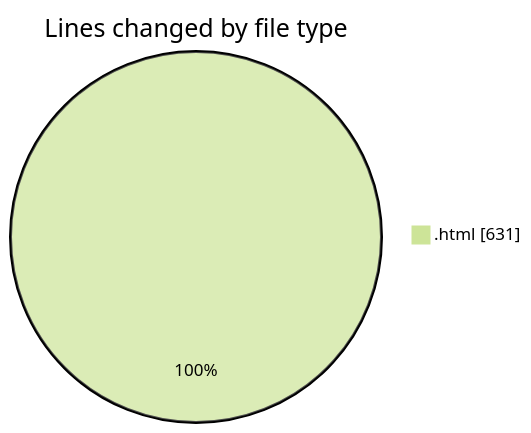
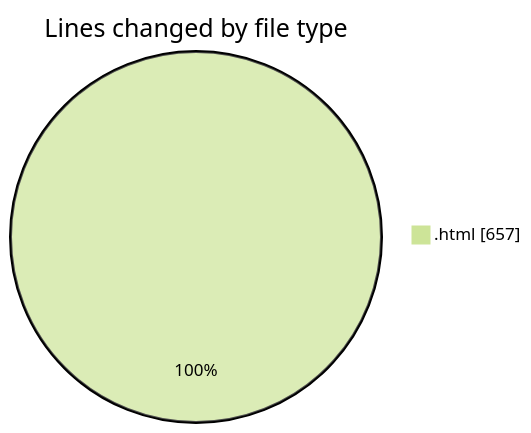
Before and after one commit to LanceThiago/code-tracking: the first of 2 diagrams in 2025-01-13/nueva_carpeta/README.md, drawn with Mermaid (forest theme). The commit also changed other lines of this file and 1 other file, not shown here.

````diff
--- a/2025-01-13/nueva_carpeta/README.md
+++ b/2025-01-13/nueva_carpeta/README.md
@@ -20,5 +20,5 @@
 ```mermaid
 pie showData
 title Lines changed by file type
-".html" : 631
+".html" : 657
 ```
````
